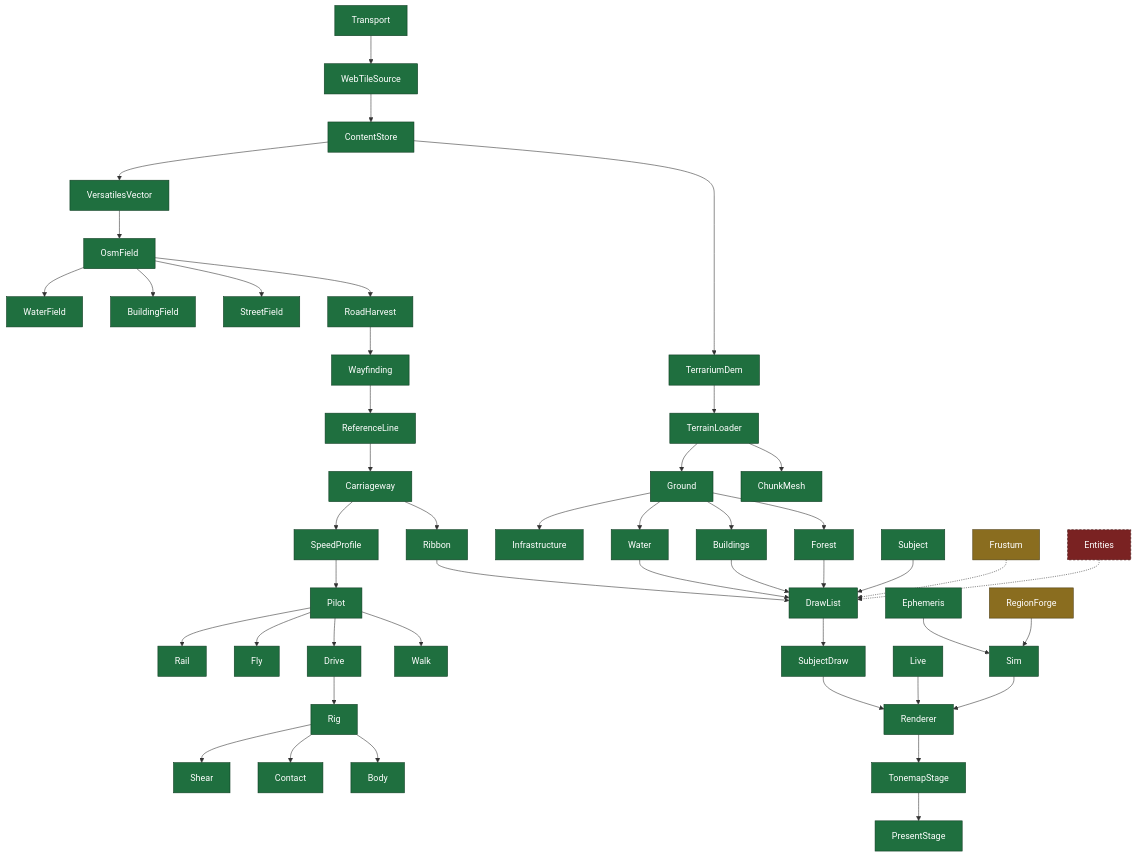
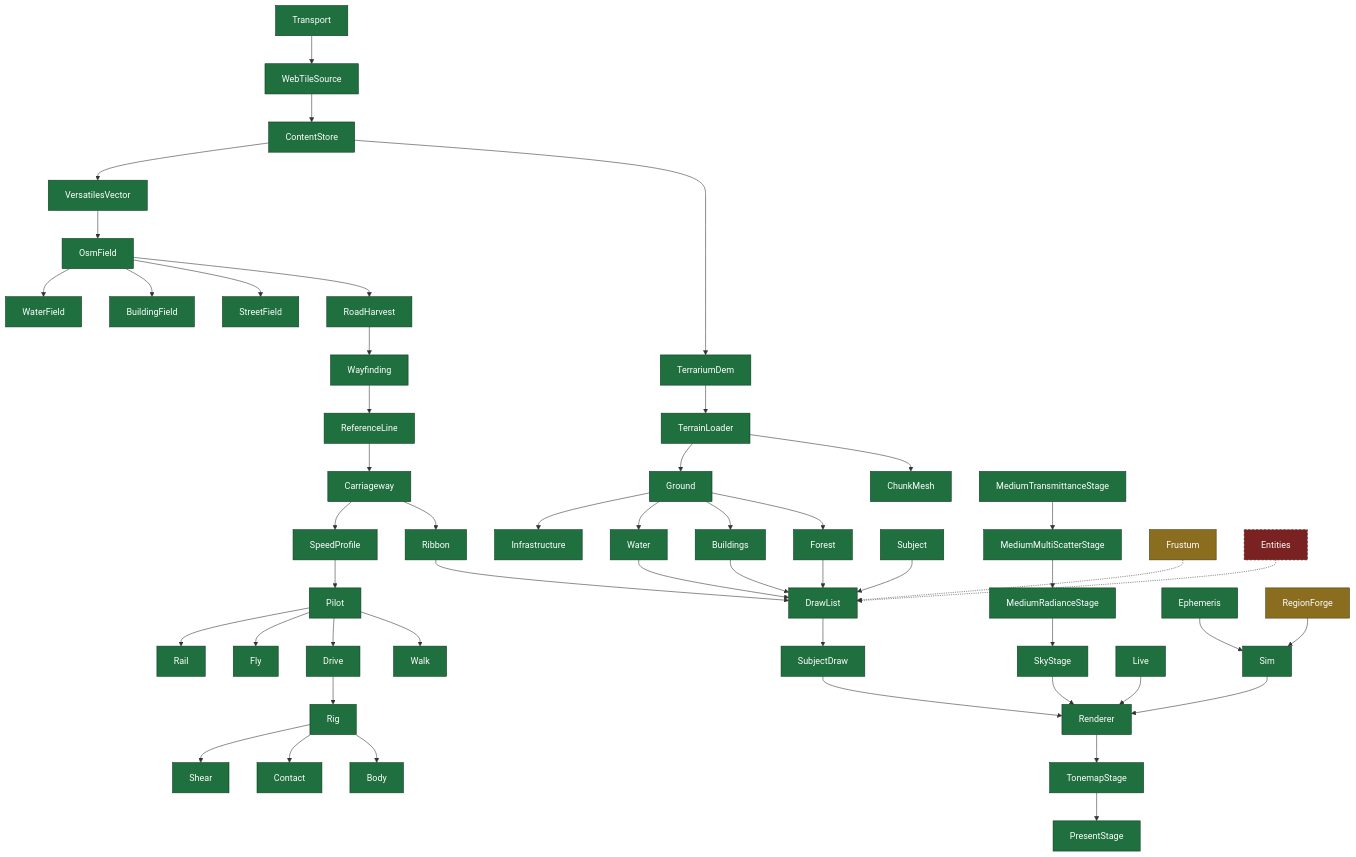
The fourth of 6 diagrams in CLAUDE.md (Weichwolf/outshine), drawn with Mermaid before and after one commit. The commit also changed 4 other files, not shown here.

````diff
--- a/CLAUDE.md
+++ b/CLAUDE.md
@@ -427,27 +427,28 @@
 ```mermaid
 flowchart TD
   Transport --> WebTileSource --> ContentStore
   ContentStore --> TerrariumDem & VersatilesVector
   TerrariumDem --> TerrainLoader --> ChunkMesh
   VersatilesVector --> OsmField --> RoadHarvest --> Wayfinding
   OsmField --> StreetField & BuildingField & WaterField
   TerrainLoader --> Ground --> Forest & Buildings & Water & Infrastructure
   Wayfinding --> ReferenceLine --> Carriageway --> Ribbon
   Carriageway --> SpeedProfile --> Pilot
   Pilot --> Walk & Drive & Fly & Rail
   Drive --> Rig --> Body
   Rig --> Contact & Shear
   Forest & Buildings & Water & Ribbon & Subject --> DrawList
   DrawList --> SubjectDraw --> Renderer --> TonemapStage --> PresentStage
+  MediumTransmittanceStage --> MediumMultiScatterStage --> MediumRadianceStage --> SkyStage --> Renderer
   Live --> Renderer
   Ephemeris & RegionForge --> Sim --> Renderer
   Frustum -.-> DrawList
   Entities -.-> DrawList
 
   classDef built fill:#1f6f3f,stroke:#0d3b21,color:#fff
   classDef idle fill:#8a6d1f,stroke:#4a3a0d,color:#fff
   classDef absent fill:#7a2222,stroke:#3d1111,color:#fff,stroke-dasharray:4 3
-  class Transport,WebTileSource,ContentStore,TerrariumDem,VersatilesVector,TerrainLoader,ChunkMesh,OsmField,RoadHarvest,Wayfinding,StreetField,BuildingField,WaterField,Ground,Forest,Buildings,Water,Infrastructure,ReferenceLine,Carriageway,Ribbon,SpeedProfile,Pilot,Walk,Drive,Fly,Rail,Rig,Body,Contact,Shear,Subject,DrawList,SubjectDraw,Renderer,TonemapStage,PresentStage,Live,StarBands,Sim,Ephemeris built
+  class Transport,WebTileSource,ContentStore,TerrariumDem,VersatilesVector,TerrainLoader,ChunkMesh,OsmField,RoadHarvest,Wayfinding,StreetField,BuildingField,WaterField,Ground,Forest,Buildings,Water,Infrastructure,ReferenceLine,Carriageway,Ribbon,SpeedProfile,Pilot,Walk,Drive,Fly,Rail,Rig,Body,Contact,Shear,Subject,DrawList,SubjectDraw,Renderer,TonemapStage,PresentStage,Live,StarBands,Sim,Ephemeris,MediumTransmittanceStage,MediumMultiScatterStage,MediumRadianceStage,SkyStage built
   class Frustum,RegionForge idle
   class Entities absent
 ```
````
